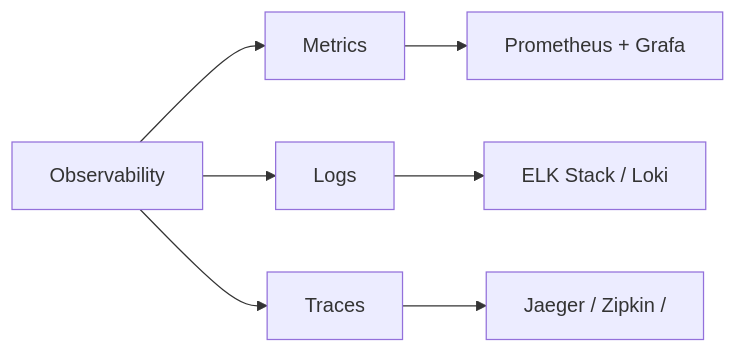
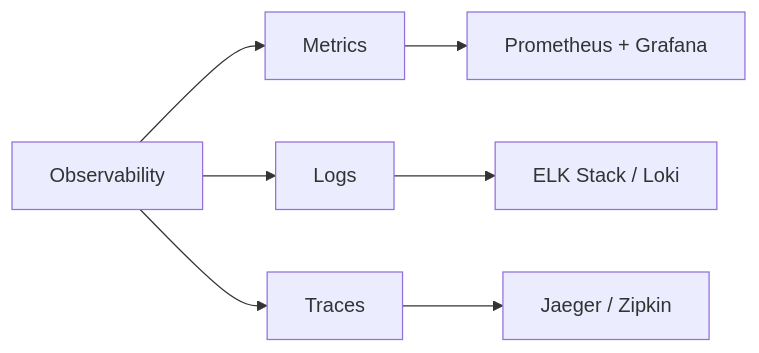
Before and after one commit to yjkim2015/yjkim2015.github.io: the first of 6 diagrams in _posts/monitoring/2026-05-01-monitoring-tools.md, drawn with Mermaid. The commit also changed other lines of this file and 26 other files, not shown here.

````diff
--- a/_posts/monitoring/2026-05-01-monitoring-tools.md
+++ b/_posts/monitoring/2026-05-01-monitoring-tools.md
@@ -19,10 +21,10 @@
 ```mermaid
 graph LR
     OBS["Observability"]
     OBS --> METRICS["Metrics"]
     OBS --> LOGS["Logs"]
     OBS --> TRACES["Traces"]
-    METRICS --> PROM["Prometheus + Grafa"]
+    METRICS --> PROM["Prometheus + Grafana"]
     LOGS --> ELK["ELK Stack / Loki"]
-    TRACES --> JAEGER["Jaeger / Zipkin /"]
+    TRACES --> JAEGER["Jaeger / Zipkin"]
 ```
````
